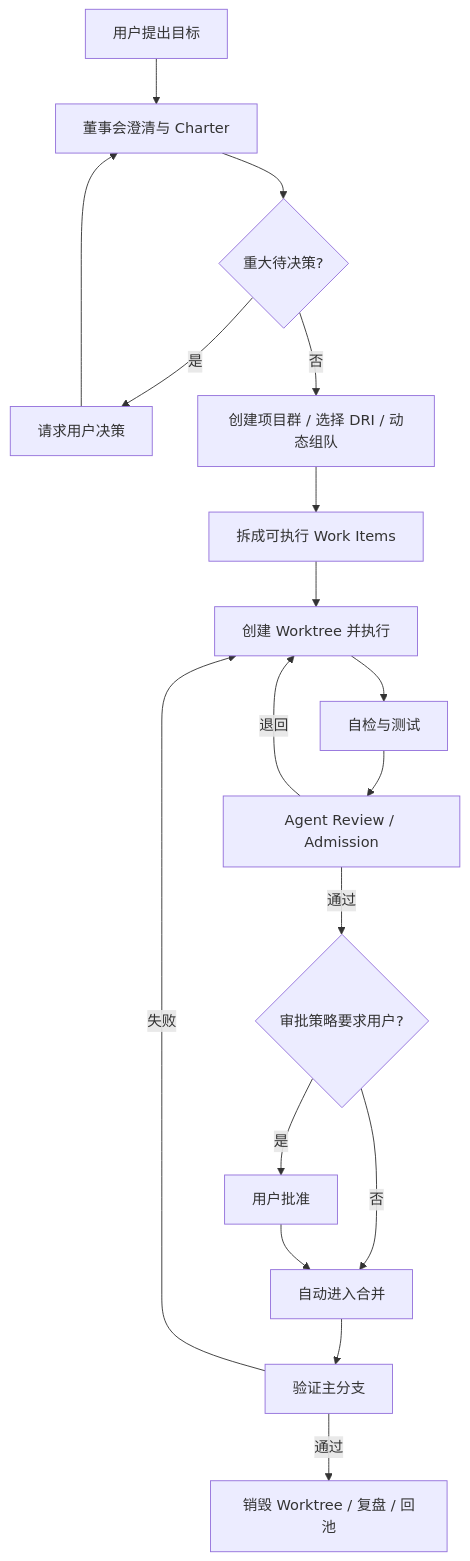
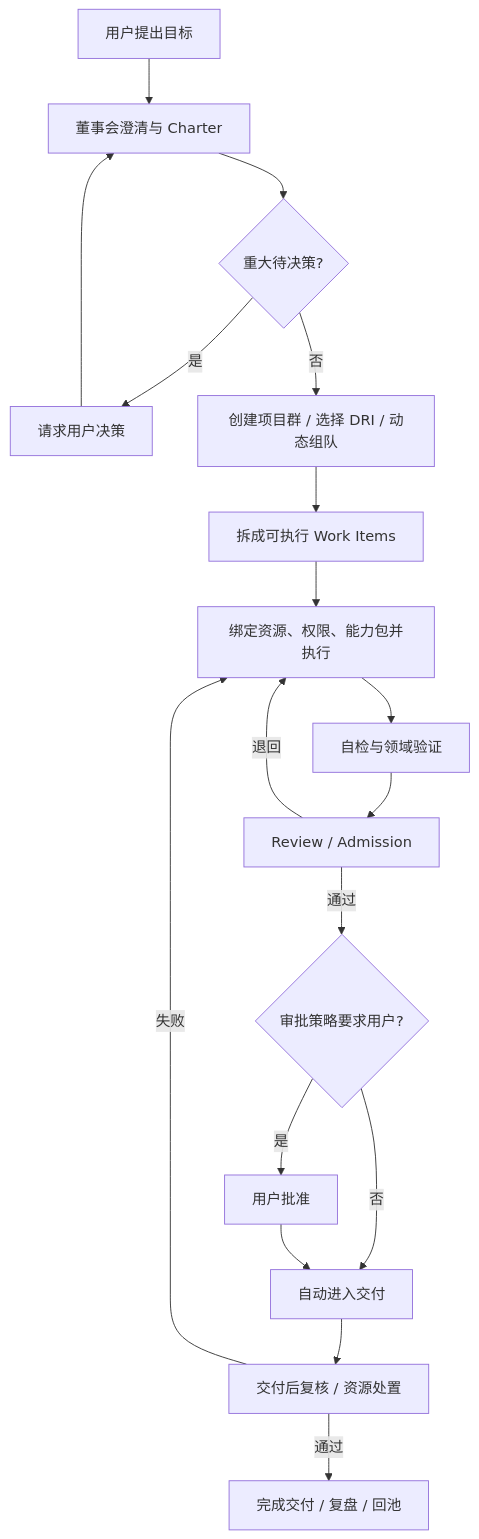
Before and after one commit to Ericwong5021/agents-company: the first of 2 diagrams in docs/product-design/02-execution-model.md, drawn with Mermaid. The commit also changed other lines of this file and 47 other files, not shown here.

````diff
--- a/docs/product-design/02-execution-model.md
+++ b/docs/product-design/02-execution-model.md
@@ -33,20 +33,20 @@
 ```mermaid
 flowchart TB
     A["用户提出目标"] --> B["董事会澄清与 Charter"]
     B --> C{"重大待决策?"}
     C -- 是 --> U["请求用户决策"]
     U --> B
     C -- 否 --> D["创建项目群 / 选择 DRI / 动态组队"]
     D --> E["拆成可执行 Work Items"]
-    E --> F["创建 Worktree 并执行"]
-    F --> G["自检与测试"]
-    G --> H["Agent Review / Admission"]
+    E --> F["绑定资源、权限、能力包并执行"]
+    F --> G["自检与领域验证"]
+    G --> H["Review / Admission"]
     H -- 退回 --> F
     H -- 通过 --> I{"审批策略要求用户?"}
     I -- 是 --> J["用户批准"]
-    I -- 否 --> K["自动进入合并"]
+    I -- 否 --> K["自动进入交付"]
     J --> K
-    K --> L["验证主分支"]
+    K --> L["交付后复核 / 资源处置"]
     L -- 失败 --> F
-    L -- 通过 --> M["销毁 Worktree / 复盘 / 回池"]
+    L -- 通过 --> M["完成交付 / 复盘 / 回池"]
 ```
````
